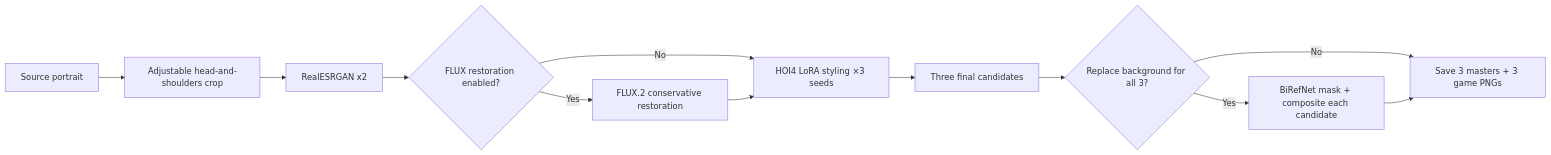
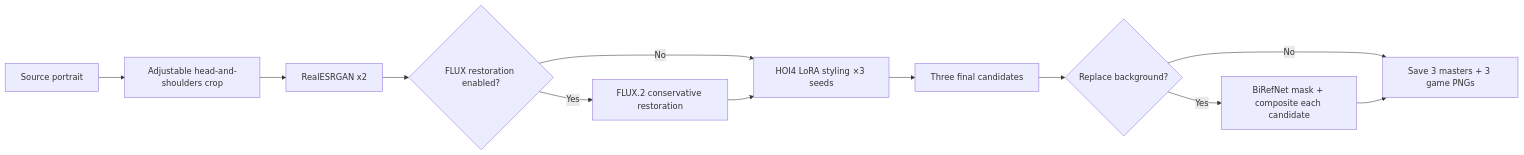
One commit to klimPaskov/comfyui-hoi4-portraits changed the first of 2 diagrams in README.md. Above: the diagram before and after it, drawn with Mermaid. The commit also changed other lines of this file and 4 other files, not shown here.

````diff
--- a/README.md
+++ b/README.md
@@ -42,12 +42,12 @@
 ```mermaid
 flowchart LR
     A["Source portrait"] --> CROP["Adjustable head-and-shoulders crop"]
     CROP --> B["RealESRGAN x2"]
     B --> C{"FLUX restoration enabled?"}
     C -->|No| D["HOI4 LoRA styling ×3 seeds"]
     C -->|Yes| R["FLUX.2 conservative restoration"] --> D
     D --> E["Three final candidates"]
-    E --> F{"Replace background for all 3?"}
+    E --> F{"Replace background?"}
     F -->|No| G["Save 3 masters + 3 game PNGs"]
     F -->|Yes| H["BiRefNet mask + composite each candidate"] --> G
 ```
````
